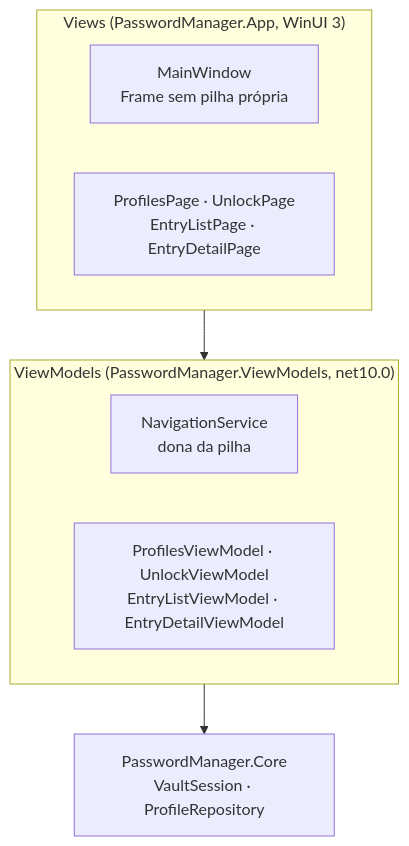
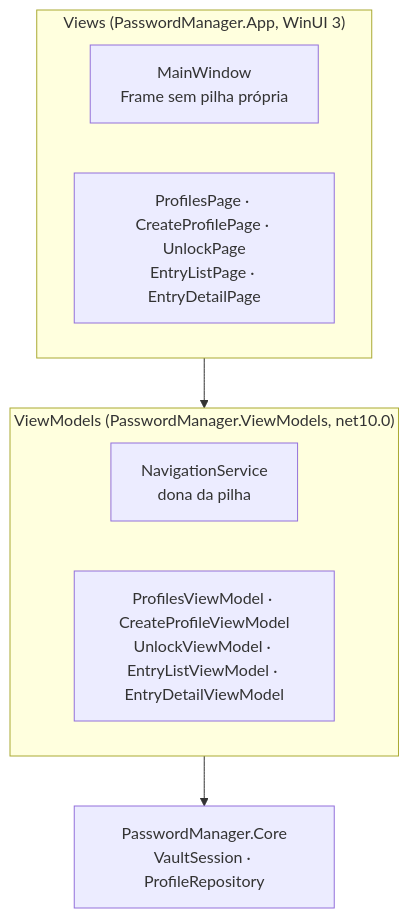
One commit to lucas-llb/passwordManagement changed the sixth of 7 diagrams in docs/architecture.md. Above: the diagram before and after it, drawn with Mermaid. The commit also changed other lines of this file and 21 other files, not shown here.

First line of the commit message:
Add profile create, rename and delete to the Windows profile screen (W-15)

````diff
--- a/docs/architecture.md
+++ b/docs/architecture.md
@@ -253,13 +270,13 @@
 ```mermaid
 flowchart TB
     subgraph Views["Views (PasswordManager.App, WinUI 3)"]
         MW["MainWindow<br/>Frame sem pilha própria"]
-        PG["ProfilesPage · UnlockPage<br/>EntryListPage · EntryDetailPage"]
+        PG["ProfilesPage · CreateProfilePage · UnlockPage<br/>EntryListPage · EntryDetailPage"]
     end
     subgraph VMs["ViewModels (PasswordManager.ViewModels, net10.0)"]
         NS["NavigationService<br/>dona da pilha"]
-        VM["ProfilesViewModel · UnlockViewModel<br/>EntryListViewModel · EntryDetailViewModel"]
+        VM["ProfilesViewModel · CreateProfileViewModel<br/>UnlockViewModel · EntryListViewModel · EntryDetailViewModel"]
     end
     CORE["PasswordManager.Core<br/>VaultSession · ProfileRepository"]
     Views --> VMs --> CORE
 ```
````
